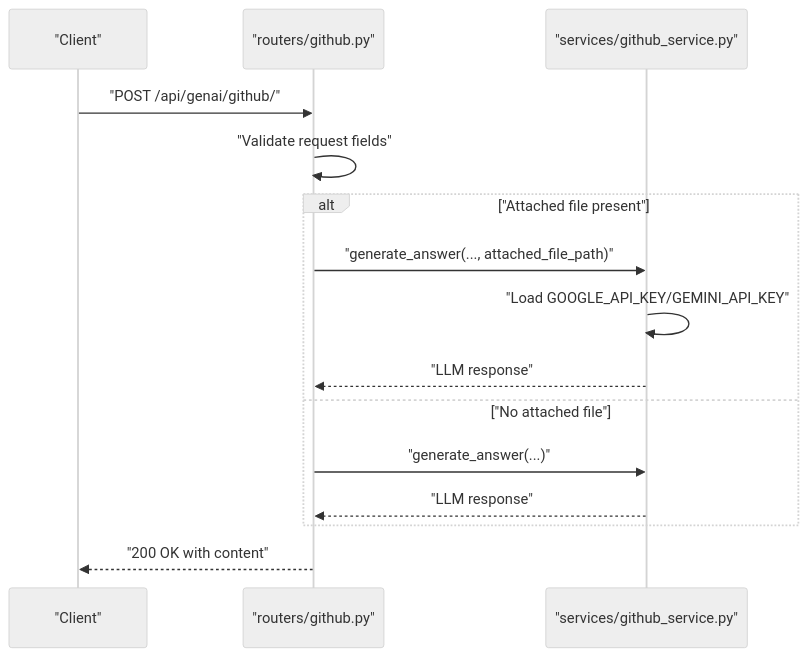
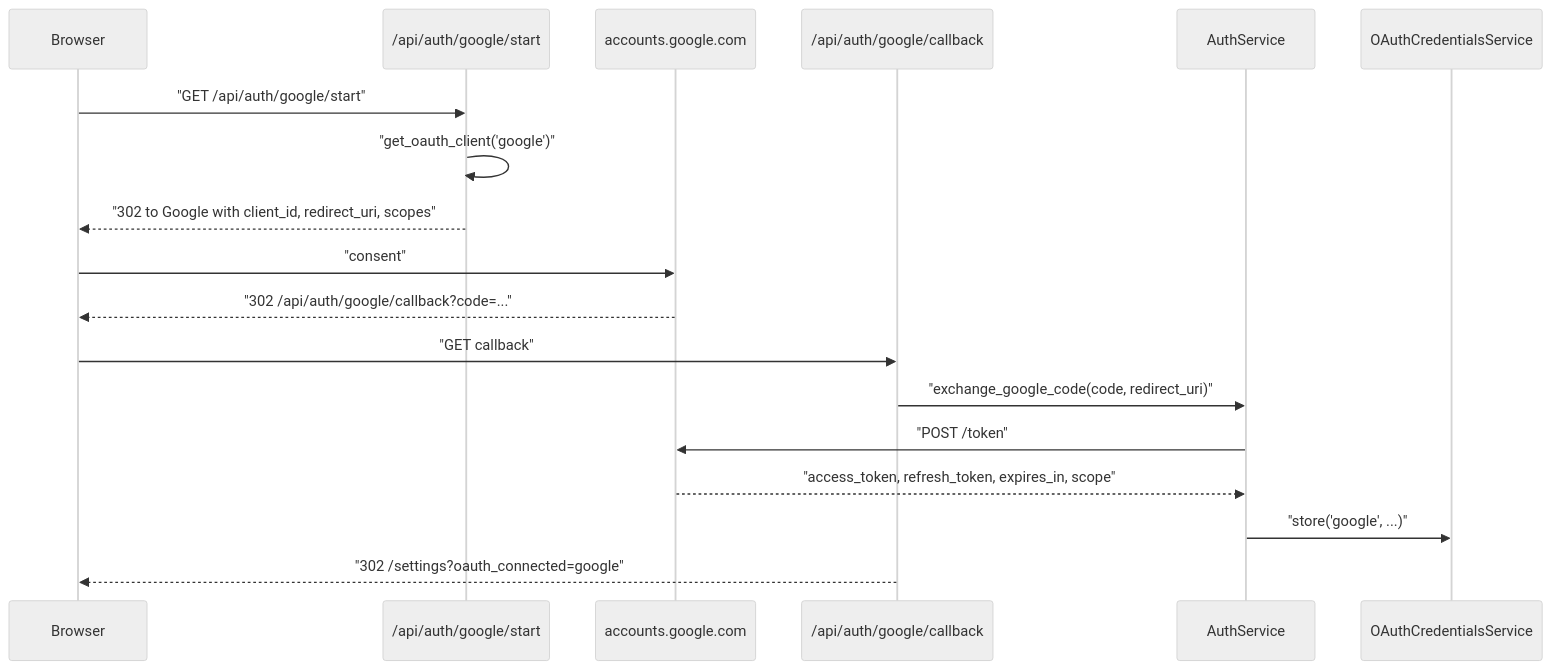
The second of 4 diagrams in src/data/docs/agentic-browser/API Server/Authentication and Security.md (tashifkhan/tashif.codes), drawn with Mermaid (neutral theme) before and after one commit. The commit also changed other lines of this file and 114 other files, not shown here.

````diff
--- a/src/data/docs/agentic-browser/API Server/Authentication and Security.md
+++ b/src/data/docs/agentic-browser/API Server/Authentication and Security.md
@@ -71,17 +66,20 @@
 ```mermaid
 sequenceDiagram
-participant Client as "Client"
-participant Router as "routers/github.py"
-participant Service as "services/github_service.py"
-Client->>Router : "POST /api/genai/github/"
-Router->>Router : "Validate request fields"
-alt "Attached file present"
-Router->>Service : "generate_answer(..., attached_file_path)"
-Service->>Service : "Load GOOGLE_API_KEY/GEMINI_API_KEY"
-Service-->>Router : "LLM response"
-else "No attached file"
-Router->>Service : "generate_answer(...)"
-Service-->>Router : "LLM response"
-end
-Router-->>Client : "200 OK with content"
+  participant B as Browser
+  participant R as /api/auth/google/start
+  participant P as accounts.google.com
+  participant C as /api/auth/google/callback
+  participant A as AuthService
+  participant O as OAuthCredentialsService
+  B->>R: "GET /api/auth/google/start"
+  R->>R: "get_oauth_client('google')"
+  R-->>B: "302 to Google with client_id, redirect_uri, scopes"
+  B->>P: "consent"
+  P-->>B: "302 /api/auth/google/callback?code=..."
+  B->>C: "GET callback"
+  C->>A: "exchange_google_code(code, redirect_uri)"
+  A->>P: "POST /token"
+  P-->>A: "access_token, refresh_token, expires_in, scope"
+  A->>O: "store('google', ...)"
+  C-->>B: "302 /settings?oauth_connected=google"
 ```
````
